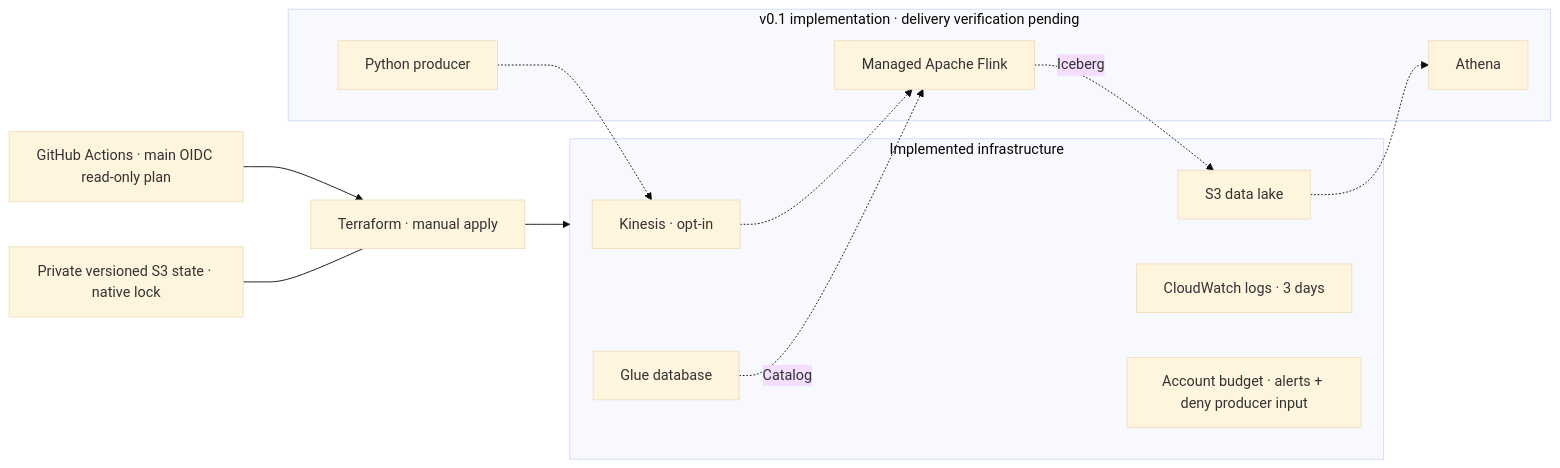
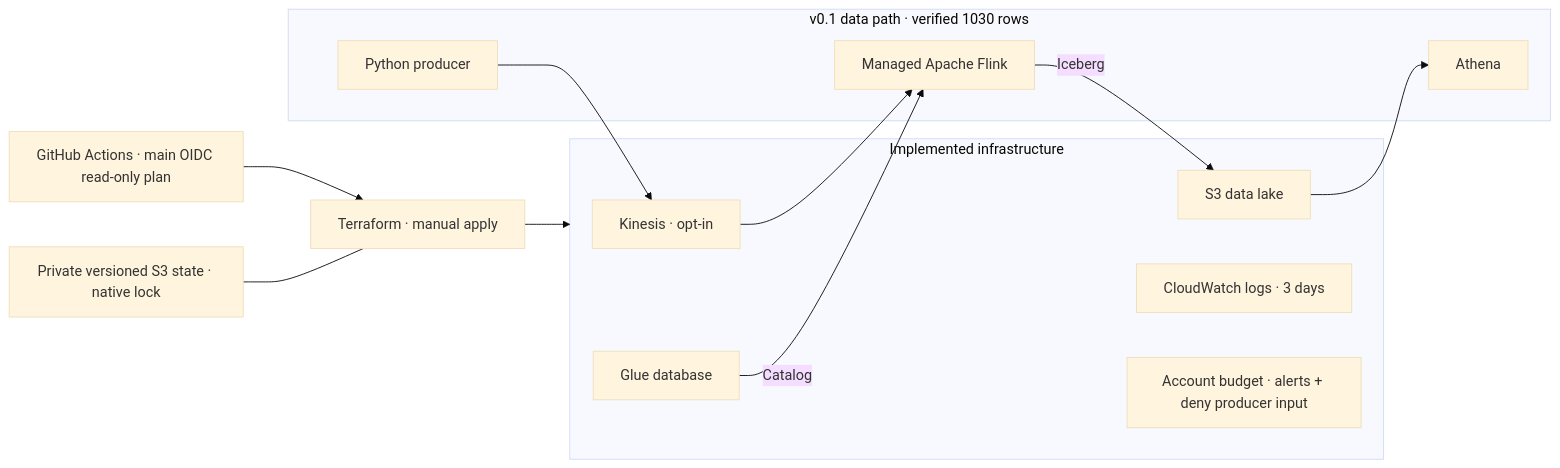
The diagram in README.md (RorschachLin123/aws-clickstream-platform), drawn with Mermaid (base theme) before and after one commit. The commit also changed other lines of this file and 8 other files, not shown here.

````diff
--- a/README.md
+++ b/README.md
@@ -7,20 +7,20 @@
 ```mermaid
 flowchart LR
   subgraph Skeleton[Implemented infrastructure]
     K[Kinesis · opt-in]
     L[S3 data lake]
     G[Glue database]
     C[CloudWatch logs · 3 days]
     B[Account budget · alerts + deny producer input]
   end
-  subgraph Pipeline[v0.1 implementation · delivery verification pending]
-    P[Python producer] -.-> K
-    K -.-> F[Managed Apache Flink]
-    F -. Iceberg .-> L
-    L -.-> A[Athena]
-    G -. Catalog .-> F
+  subgraph Pipeline[v0.1 data path · verified 1030 rows]
+    P[Python producer] --> K
+    K --> F[Managed Apache Flink]
+    F -- Iceberg --> L
+    L --> A[Athena]
+    G -- Catalog --> F
   end
   T[Terraform · manual apply] --> Skeleton
   CI[GitHub Actions · main OIDC read-only plan] --> T
   S[Private versioned S3 state · native lock] --- T
 ```
````
